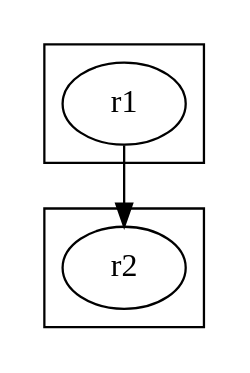
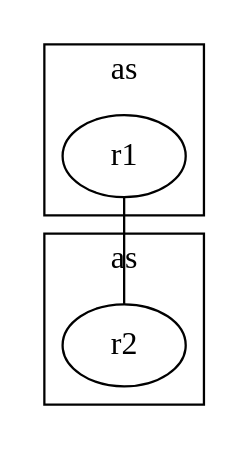
Before and after one commit to cpflat/dot2net: the diagram in example/basic_bgp/input.dot, drawn with Graphviz. The commit also changed 29 other files, not shown here.

```diff
--- a/example/basic_bgp/input.dot
+++ b/example/basic_bgp/input.dot
@@ -1,14 +1,14 @@
 digraph  {
 
 	subgraph cluster1 {
-		class="as";
+		label="as";
 		r1;
 	}
 
 	subgraph cluster2 {
-		class="as";
+		label="as";
 		r2;
 	}
-	r1->r2;
+	r1->r2[dir="none"];
 
 }
```
